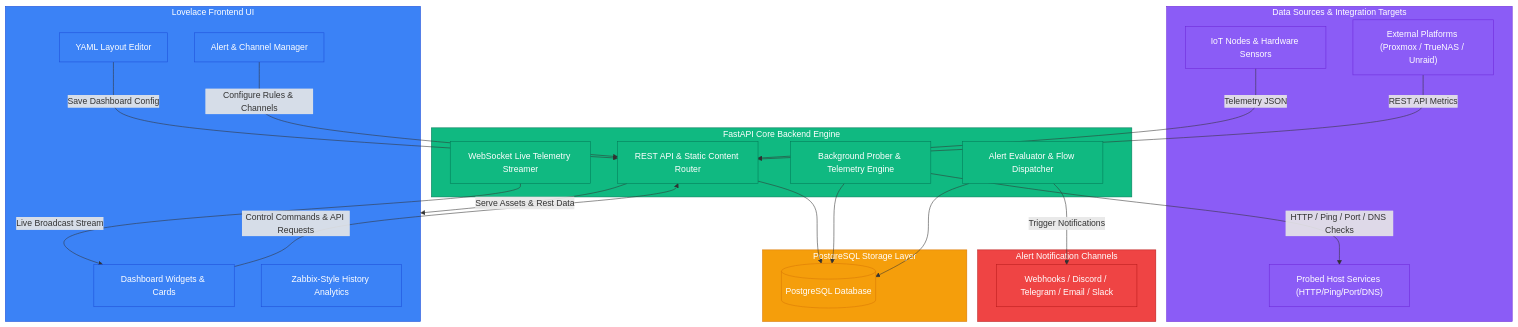
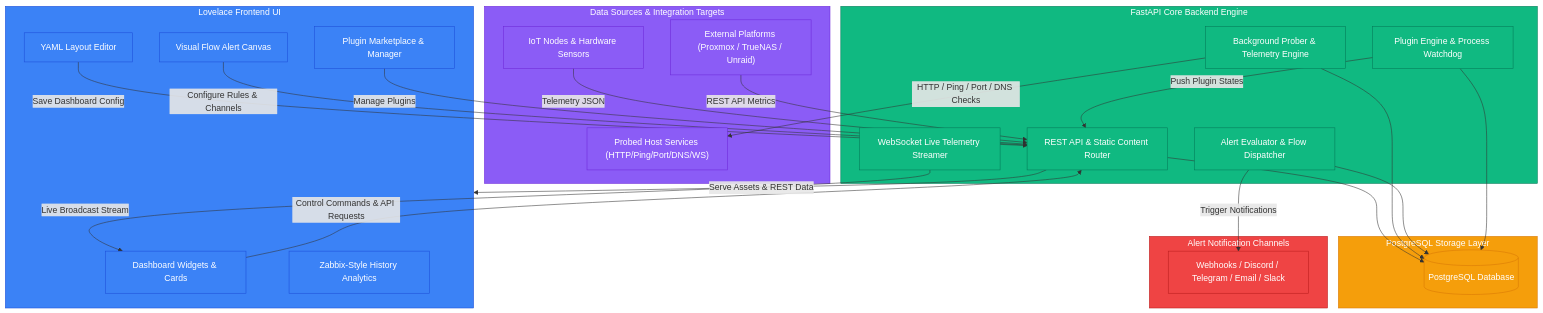
One commit to PiexlPuck/HomePulse changed the diagram in README.md. Above: the diagram before and after it, drawn with Mermaid. The commit also changed other lines of this file, not shown here.

Commit message:
feat: update README for enhanced architecture details, add plugin management section, and refine service monitor descriptions

````diff
--- a/README.md
+++ b/README.md
@@ -9,59 +9,64 @@
 ```mermaid
 graph TD
     classDef client fill:#3b82f6,stroke:#1d4ed8,color:#fff;
     classDef api fill:#10b981,stroke:#047857,color:#fff;
     classDef db fill:#f59e0b,stroke:#d97706,color:#fff;
     classDef bg fill:#8b5cf6,stroke:#6d28d9,color:#fff;
     classDef alert fill:#ef4444,stroke:#b91c1c,color:#fff;
 
     subgraph Data_Sources["Data Sources & Integration Targets"]
         Nodes["IoT Nodes & Hardware Sensors"]
-        Probers["Probed Host Services (HTTP/Ping/Port/DNS)"]
+        Probers["Probed Host Services (HTTP/Ping/Port/DNS/WS)"]
         ExtAPI["External Platforms (Proxmox / TrueNAS / Unraid)"]
     end
 
     subgraph Backend_Engine["FastAPI Core Backend Engine"]
         API_Server["REST API & Static Content Router"]
         WS_Server["WebSocket Live Telemetry Streamer"]
         Mon_Worker["Background Prober & Telemetry Engine"]
         Alert_Engine["Alert Evaluator & Flow Dispatcher"]
+        Plugin_Runtime["Plugin Engine & Process Watchdog"]
     end
 
     subgraph Storage["PostgreSQL Storage Layer"]
         DB[(PostgreSQL Database)]
     end
 
     subgraph Dashboard["Lovelace Frontend UI"]
         UI_Dash["Dashboard Widgets & Cards"]
         UI_YAML["YAML Layout Editor"]
         UI_Analytics["Zabbix-Style History Analytics"]
-        UI_Alerts["Alert & Channel Manager"]
+        UI_Alerts["Visual Flow Alert Canvas"]
+        UI_Plugins["Plugin Marketplace & Manager"]
     end
 
     subgraph Notifications["Alert Notification Channels"]
         Webhook["Webhooks / Discord / Telegram / Email / Slack"]
     end
 
     Nodes -->|Telemetry JSON| API_Server
     Mon_Worker -->|HTTP / Ping / Port / DNS Checks| Probers
     ExtAPI -->|REST API Metrics| API_Server
 
     API_Server --> DB
     Mon_Worker --> DB
     Alert_Engine --> DB
+    Plugin_Runtime --> DB
 
     WS_Server -->|Live Broadcast Stream| UI_Dash
-    API_Server -->|Serve Assets & Rest Data| Dashboard
+    API_Server -->|Serve Assets & REST Data| Dashboard
+    Plugin_Runtime -->|Push Plugin States| API_Server
 
     UI_Dash -->|Control Commands & API Requests| API_Server
     UI_YAML -->|Save Dashboard Config| API_Server
     UI_Alerts -->|Configure Rules & Channels| API_Server
+    UI_Plugins -->|Manage Plugins| API_Server
 
     Alert_Engine -->|Trigger Notifications| Webhook
 
-    class Dashboard,UI_Dash,UI_YAML,UI_Analytics,UI_Alerts client;
-    class Backend_Engine,API_Server,WS_Server,Mon_Worker,Alert_Engine api;
+    class Dashboard,UI_Dash,UI_YAML,UI_Analytics,UI_Alerts,UI_Plugins client;
+    class Backend_Engine,API_Server,WS_Server,Mon_Worker,Alert_Engine,Plugin_Runtime api;
     class Storage,DB db;
     class Data_Sources,Nodes,Probers,ExtAPI bg;
     class Notifications,Webhook alert;
 ```
````
